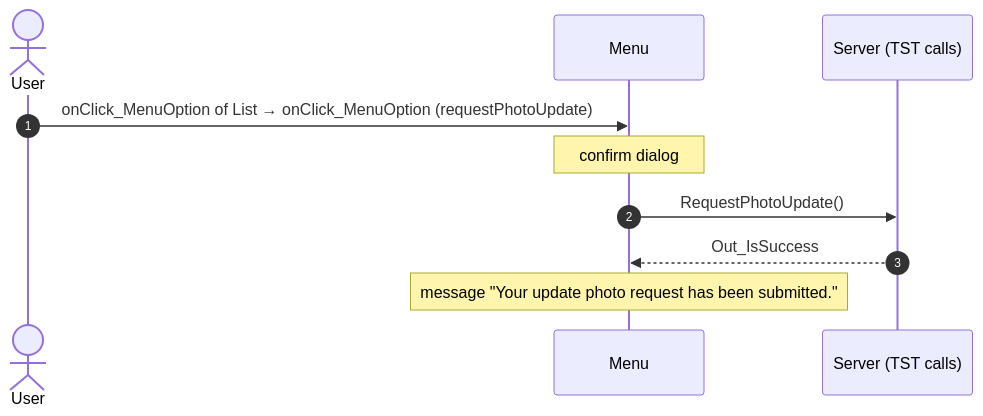
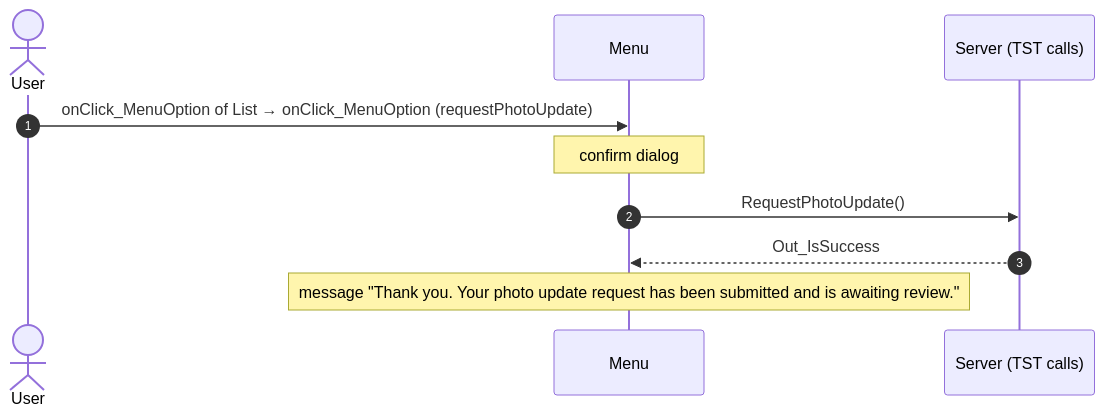
The second of 5 diagrams in route-actions/routes/Menu.md (Phoenix-DX/connect-new-ui), drawn with Mermaid before and after one commit. The commit also changed other lines of this file and 30 other files, not shown here.

````diff
--- a/route-actions/routes/Menu.md
+++ b/route-actions/routes/Menu.md
@@ -103,12 +105,12 @@
 ```mermaid
 sequenceDiagram
   autonumber
   actor U as User
   participant B as Menu
   participant S as Server (TST calls)
   U->>B: onClick_MenuOption of List → onClick_MenuOption (requestPhotoUpdate)
   Note over B: confirm dialog
   B->>S: RequestPhotoUpdate()
   S-->>B: Out_IsSuccess
-  Note over B: message "Your update photo request has been submitted."
+  Note over B: message "Thank you. Your photo update request has been submitted and is awaiting review."
 ```
````
